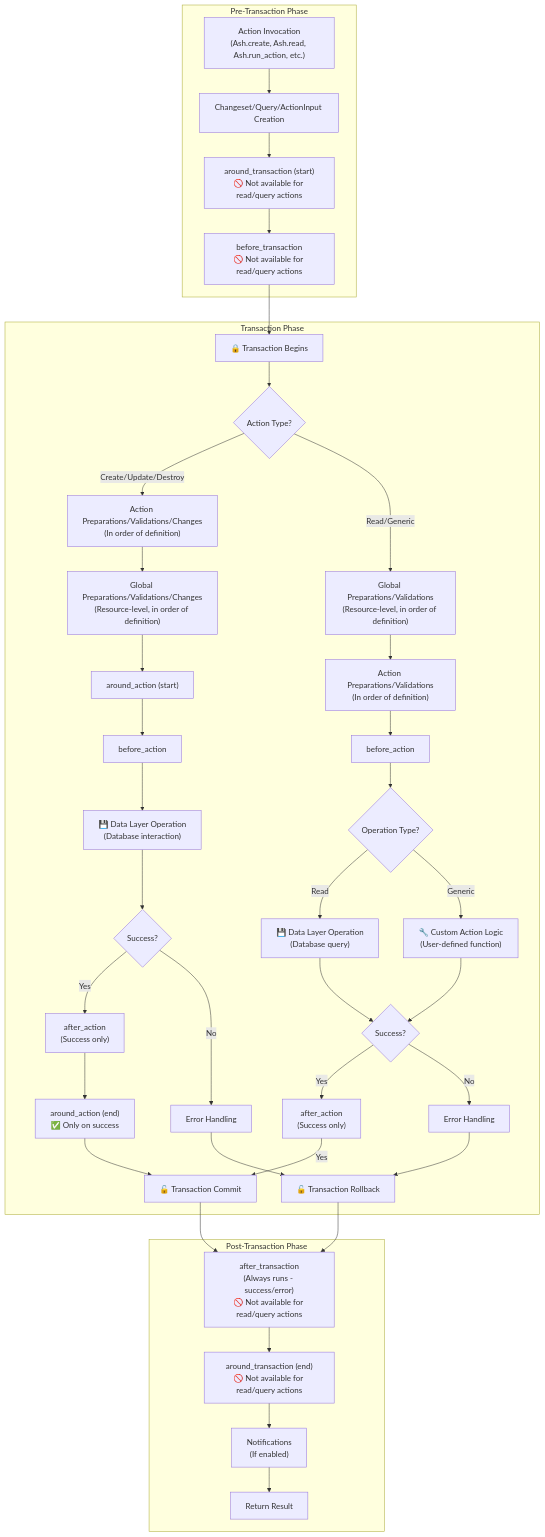
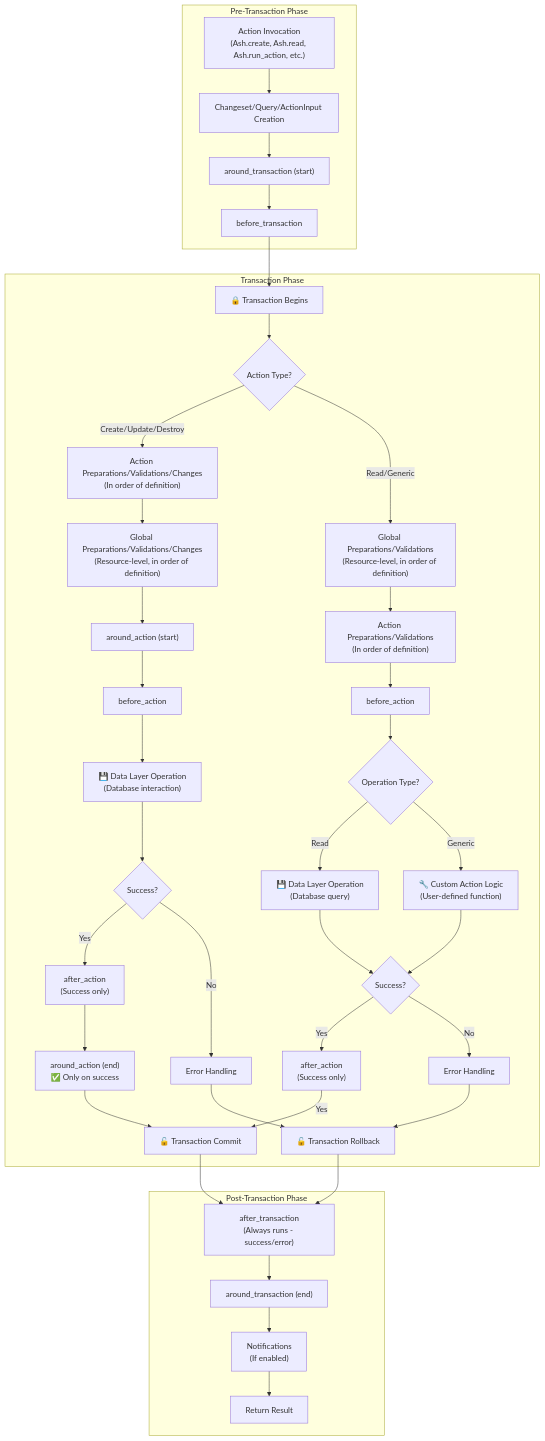
The diagram in documentation/topics/actions/actions.md (ash-project/ash), drawn with Mermaid before and after one commit. The commit also changed other lines of this file, not shown here.

Commit message:
docs(actions): remove exceptions for read action hook support

````diff
--- a/documentation/topics/actions/actions.md
+++ b/documentation/topics/actions/actions.md
@@ -297,50 +295,50 @@
 ```mermaid
 graph TD
     subgraph "Pre-Transaction Phase"
         START["Action Invocation<br/>(Ash.create, Ash.read, Ash.run_action, etc.)"] --> PREP["Changeset/Query/ActionInput Creation"]
-        PREP --> AROUND_START["around_transaction (start)<br/>🚫 Not available for read/query actions"]
-        AROUND_START --> BEFORE_TRANS["before_transaction<br/>🚫 Not available for read/query actions"]
+        PREP --> AROUND_START["around_transaction (start)"]
+        AROUND_START --> BEFORE_TRANS["before_transaction"]
     end
     
     subgraph "Transaction Phase"
         TRANS_START["🔒 Transaction Begins"] --> ACTION_TYPE{"Action Type?"}
         
         %% Create/Update/Destroy path
         ACTION_TYPE -->|"Create/Update/Destroy"| CUD_ACTION_PREP["Action Preparations/Validations/Changes<br/>(In order of definition)"]
         CUD_ACTION_PREP --> CUD_GLOBAL_PREP["Global Preparations/Validations/Changes<br/>(Resource-level, in order of definition)"]
         CUD_GLOBAL_PREP --> CUD_AROUND_ACTION_START["around_action (start)"]
         CUD_AROUND_ACTION_START --> CUD_BEFORE_ACTION["before_action"]
         CUD_BEFORE_ACTION --> DATA_LAYER["💾 Data Layer Operation<br/>(Database interaction)"]
         DATA_LAYER --> CUD_SUCCESS{"Success?"}
         CUD_SUCCESS -->|Yes| CUD_AFTER_ACTION["after_action<br/>(Success only)"]
         CUD_SUCCESS -->|No| CUD_ERROR_HANDLE["Error Handling"]
         CUD_AFTER_ACTION --> CUD_AROUND_ACTION_END["around_action (end)<br/>✅ Only on success"]
         CUD_ERROR_HANDLE --> TRANS_ROLLBACK["🔓 Transaction Rollback"]
         CUD_AROUND_ACTION_END --> TRANS_COMMIT["🔓 Transaction Commit"]
         
         %% Read/Generic path
         ACTION_TYPE -->|"Read/Generic"| RG_GLOBAL_PREP["Global Preparations/Validations<br/>(Resource-level, in order of definition)"]
         RG_GLOBAL_PREP --> RG_ACTION_PREP["Action Preparations/Validations<br/>(In order of definition)"]
         RG_ACTION_PREP --> RG_BEFORE_ACTION[before_action]
         RG_BEFORE_ACTION --> RG_OPERATION{"Operation Type?"}
         RG_OPERATION -->|"Read"| READ_DATA_LAYER["💾 Data Layer Operation<br/>(Database query)"]
         RG_OPERATION -->|"Generic"| GENERIC_LOGIC["🔧 Custom Action Logic<br/>(User-defined function)"]
         READ_DATA_LAYER --> RG_SUCCESS{"Success?"}
         GENERIC_LOGIC --> RG_SUCCESS
         RG_SUCCESS -->|Yes| RG_AFTER_ACTION["after_action<br/>(Success only)"]
         RG_AFTER_ACTION -->|Yes| TRANS_COMMIT
         RG_SUCCESS -->|No| RG_ERROR_HANDLE["Error Handling"]
         RG_ERROR_HANDLE --> TRANS_ROLLBACK
     end
     
     subgraph "Post-Transaction Phase"
-        AFTER_TRANS["after_transaction<br/>(Always runs - success/error)<br/>🚫 Not available for read/query actions"] --> AROUND_END["around_transaction (end)<br/>🚫 Not available for read/query actions"]
+        AFTER_TRANS["after_transaction<br/>(Always runs - success/error)"] --> AROUND_END["around_transaction (end)"]
         AROUND_END --> NOTIFICATIONS["Notifications<br/>(If enabled)"]
         NOTIFICATIONS --> RESULT["Return Result"]
     end
     
     %% Flow connections
     BEFORE_TRANS --> TRANS_START
     TRANS_COMMIT --> AFTER_TRANS
     TRANS_ROLLBACK --> AFTER_TRANS
 ```
````
